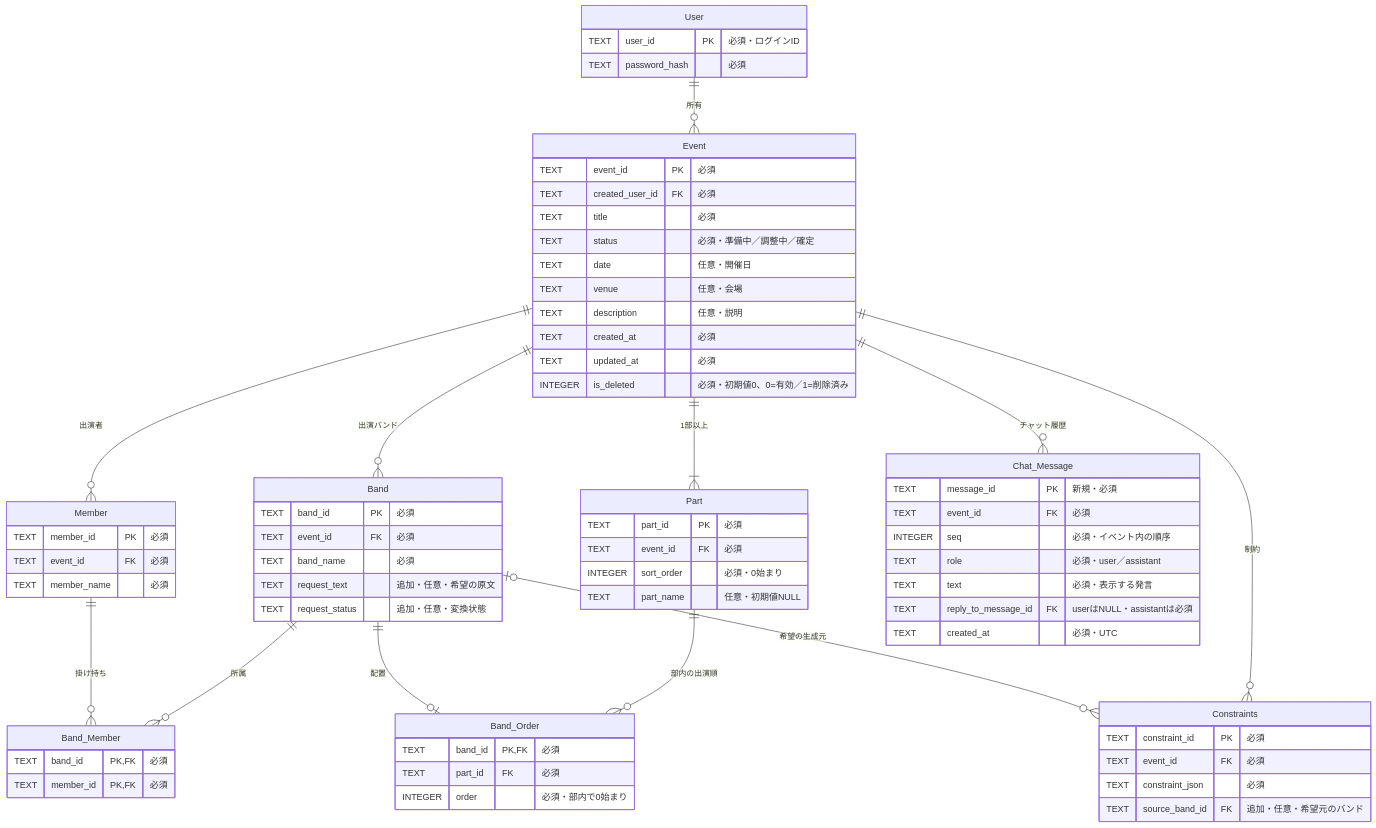
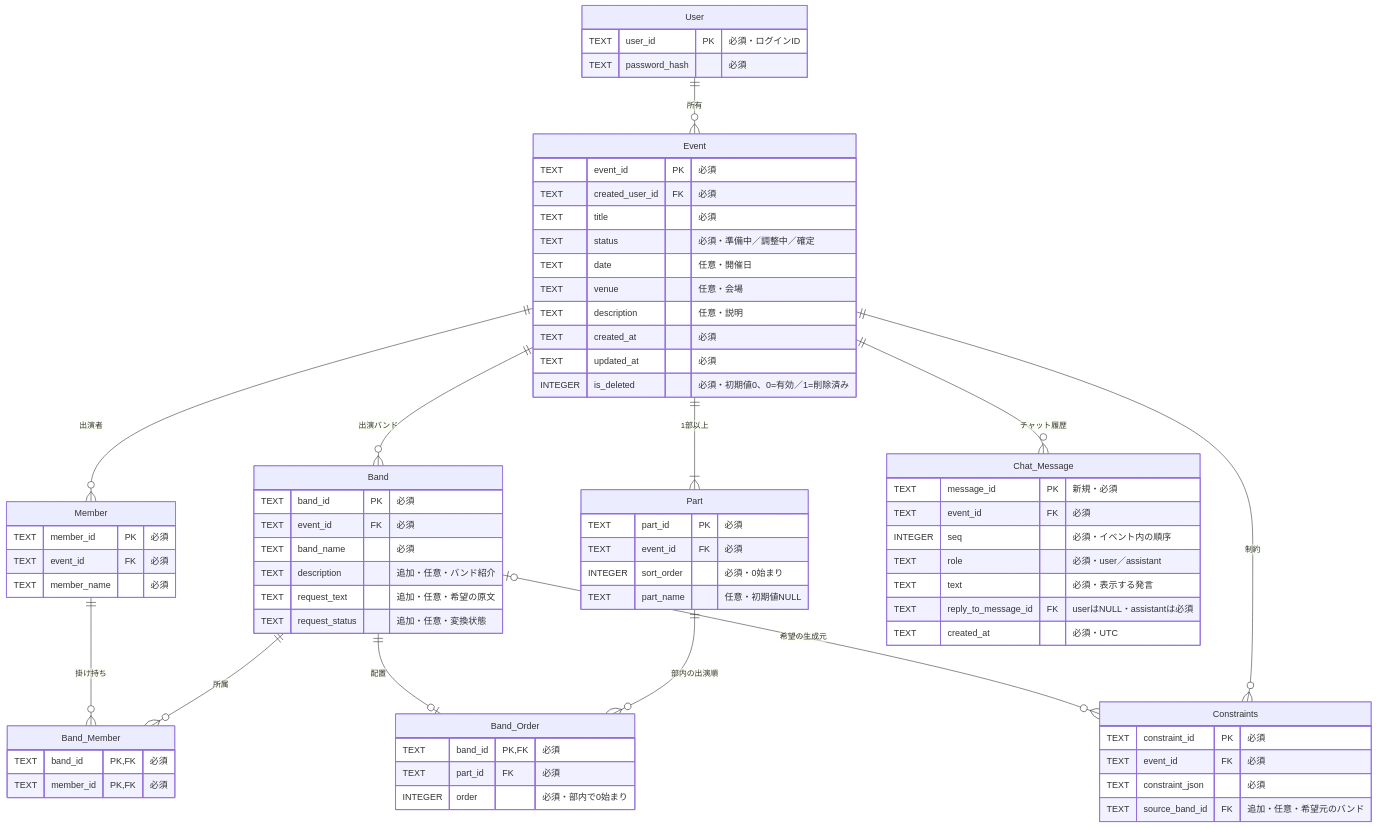
One commit to jphacks/tka_2604 changed the diagram in docs/database.md. Above: the diagram before and after it, drawn with Mermaid. The commit also changed other lines of this file and 13 other files, not shown here.

````diff
--- a/docs/database.md
+++ b/docs/database.md
@@ -24,73 +24,74 @@
 ```mermaid
 erDiagram
     User ||--o{ Event : "所有"
     Event ||--o{ Band : "出演バンド"
     Event ||--o{ Member : "出演者"
     Event ||--|{ Part : "1部以上"
     Event ||--o{ Constraints : "制約"
     Band ||--o{ Band_Member : "所属"
     Member ||--o{ Band_Member : "掛け持ち"
     Part ||--o{ Band_Order : "部内の出演順"
     Band ||--o| Band_Order : "配置"
     Band |o--o{ Constraints : "希望の生成元"
     Event ||--o{ Chat_Message : "チャット履歴"
 
     User {
         TEXT user_id PK "必須・ログインID"
         TEXT password_hash "必須"
     }
     Event {
         TEXT event_id PK "必須"
         TEXT created_user_id FK "必須"
         TEXT title "必須"
         TEXT status "必須・準備中／調整中／確定"
         TEXT date "任意・開催日"
         TEXT venue "任意・会場"
         TEXT description "任意・説明"
         TEXT created_at "必須"
         TEXT updated_at "必須"
         INTEGER is_deleted "必須・初期値0、0=有効／1=削除済み"
     }
     Band {
         TEXT band_id PK "必須"
         TEXT event_id FK "必須"
         TEXT band_name "必須"
+        TEXT description "追加・任意・バンド紹介"
         TEXT request_text "追加・任意・希望の原文"
         TEXT request_status "追加・任意・変換状態"
     }
     Member {
         TEXT member_id PK "必須"
         TEXT event_id FK "必須"
         TEXT member_name "必須"
     }
     Band_Member {
         TEXT band_id PK, FK "必須"
         TEXT member_id PK, FK "必須"
     }
     Part {
         TEXT part_id PK "必須"
         TEXT event_id FK "必須"
         INTEGER sort_order "必須・0始まり"
         TEXT part_name "任意・初期値NULL"
     }
     Band_Order {
         TEXT band_id PK, FK "必須"
         TEXT part_id FK "必須"
         INTEGER order "必須・部内で0始まり"
     }
     Constraints {
         TEXT constraint_id PK "必須"
         TEXT event_id FK "必須"
         TEXT constraint_json "必須"
         TEXT source_band_id FK "追加・任意・希望元のバンド"
     }
     Chat_Message {
         TEXT message_id PK "新規・必須"
         TEXT event_id FK "必須"
         INTEGER seq "必須・イベント内の順序"
         TEXT role "必須・user／assistant"
         TEXT text "必須・表示する発言"
         TEXT reply_to_message_id FK "userはNULL・assistantは必須"
         TEXT created_at "必須・UTC"
     }
 ```
````
